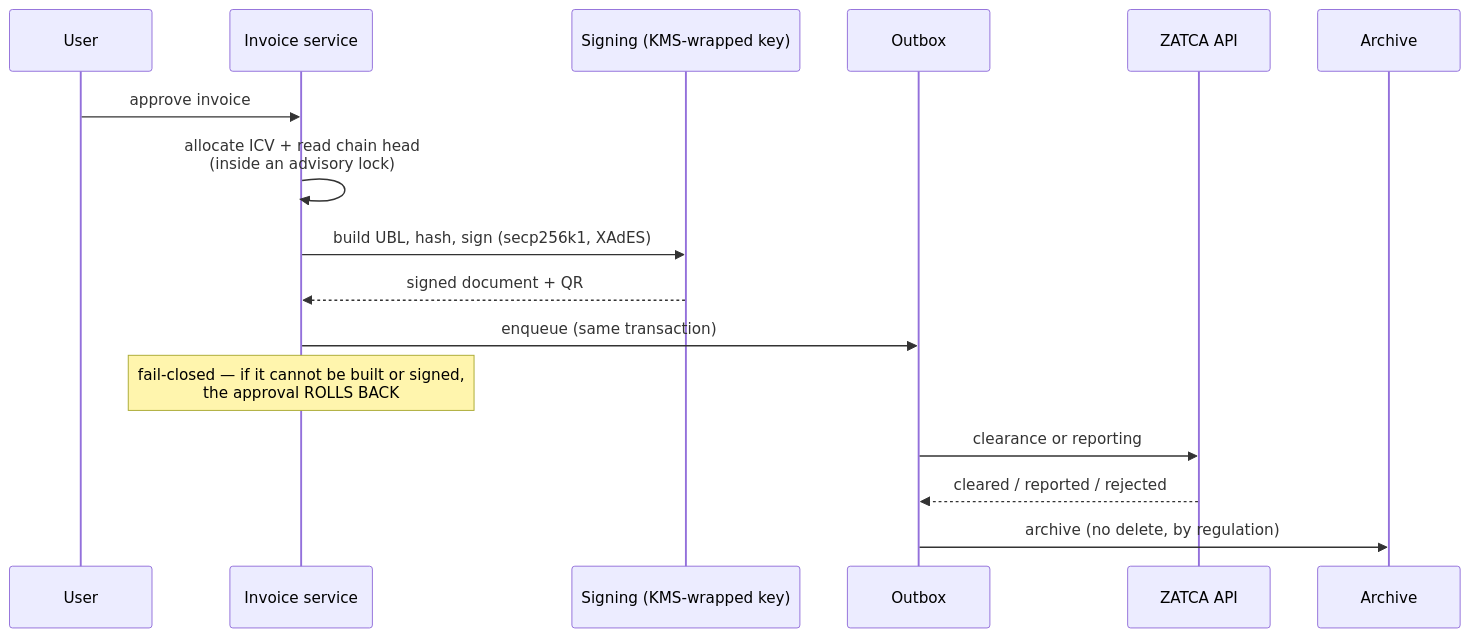
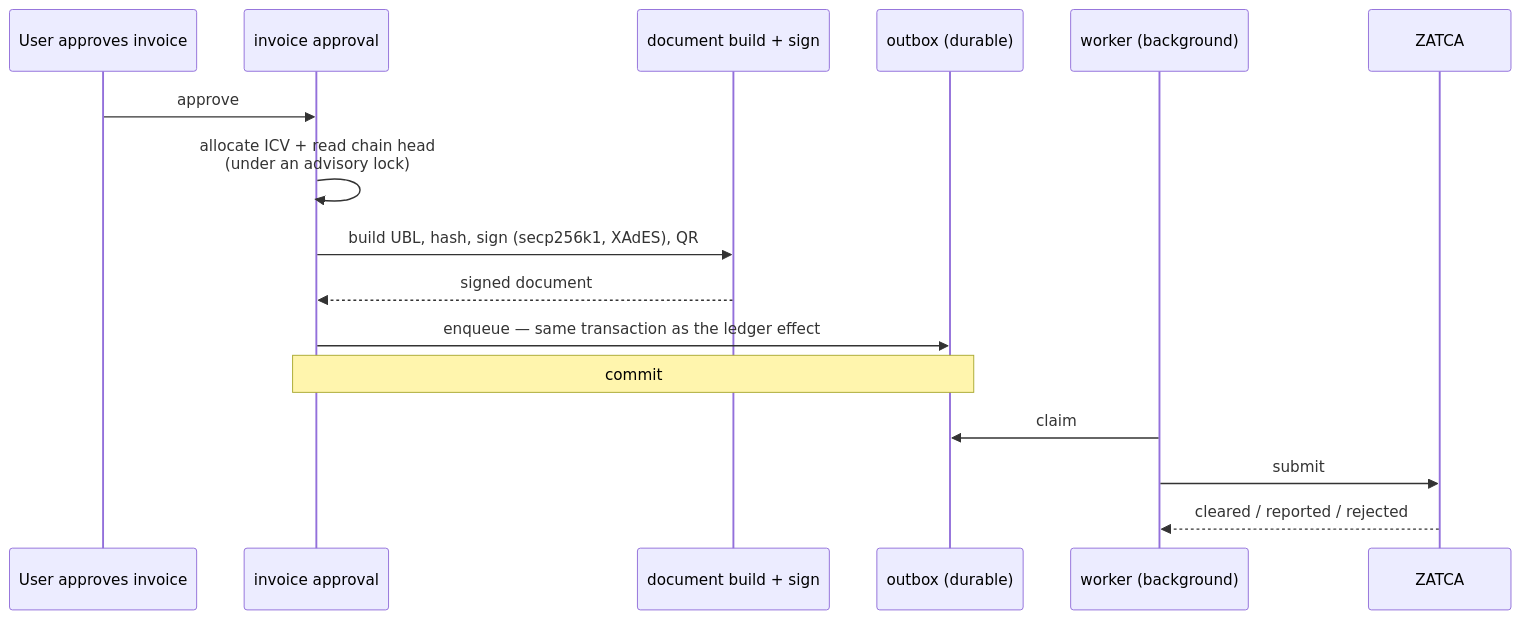
Before and after one commit to Amer-Omar-Bamazrou/saudi-ledger-platform: the third of 4 diagrams in docs/hld.md, drawn with Mermaid. The commit also changed other lines of this file and 14 other files, not shown here.

````diff
--- a/docs/hld.md
+++ b/docs/hld.md
@@ -491,19 +359,18 @@
 ```mermaid
 sequenceDiagram
-    participant U as User
-    participant INV as Invoice service
-    participant SIGN as Signing (KMS-wrapped key)
-    participant OUT as Outbox
-    participant Z as ZATCA API
-    participant AR as Archive
-
-    U->>INV: approve invoice
-    INV->>INV: allocate ICV + read chain head<br/>(inside an advisory lock)
-    INV->>SIGN: build UBL, hash, sign (secp256k1, XAdES)
-    SIGN-->>INV: signed document + QR
-    INV->>OUT: enqueue (same transaction)
-    Note over INV: fail-closed — if it cannot be built or signed,<br/>the approval ROLLS BACK
-    OUT->>Z: clearance or reporting
-    Z-->>OUT: cleared / reported / rejected
-    OUT->>AR: archive (no delete, by regulation)
+    participant U as User approves invoice
+    participant SVC as invoice approval
+    participant SIGN as document build + sign
+    participant OB as outbox (durable)
+    participant W as worker (background)
+    participant Z as ZATCA
+    U->>SVC: approve
+    SVC->>SVC: allocate ICV + read chain head<br/>(under an advisory lock)
+    SVC->>SIGN: build UBL, hash, sign (secp256k1, XAdES), QR
+    SIGN-->>SVC: signed document
+    SVC->>OB: enqueue — same transaction as the ledger effect
+    Note over SVC,OB: commit
+    W->>OB: claim
+    W->>Z: submit
+    Z-->>W: cleared / reported / rejected
 ```
````
